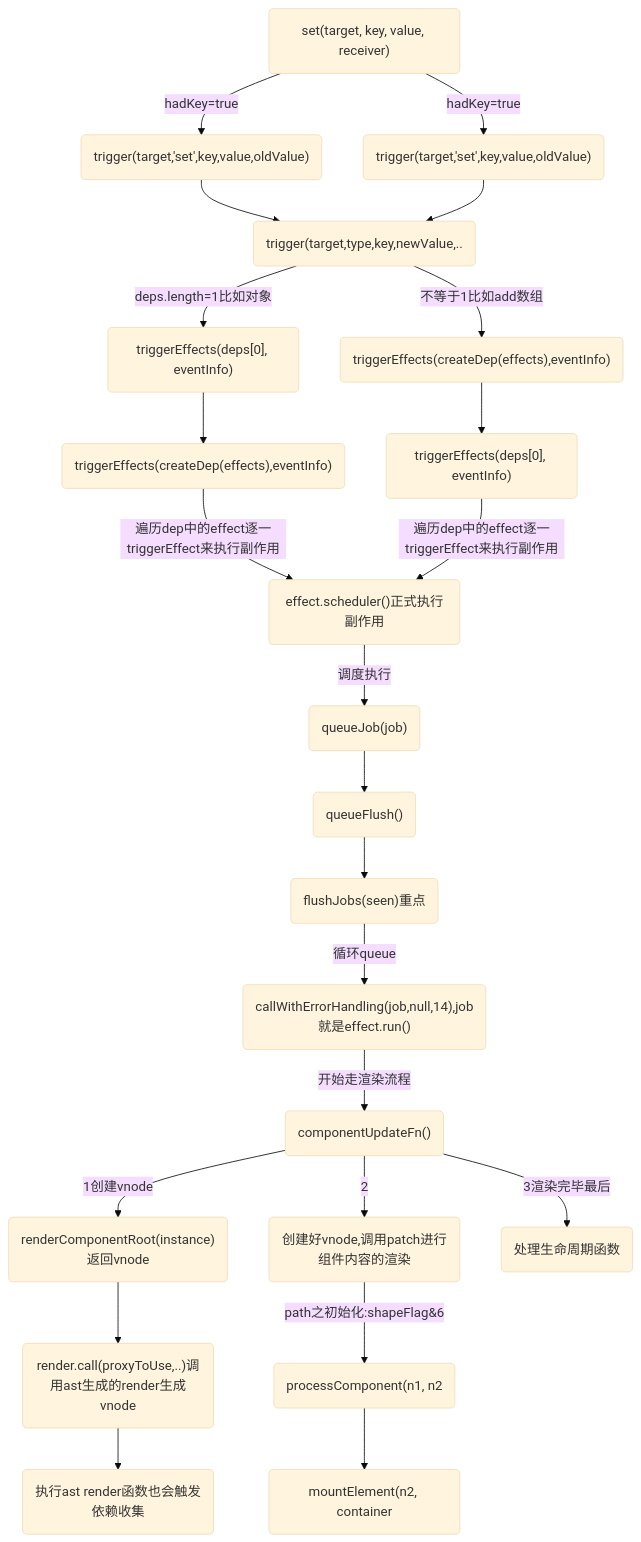
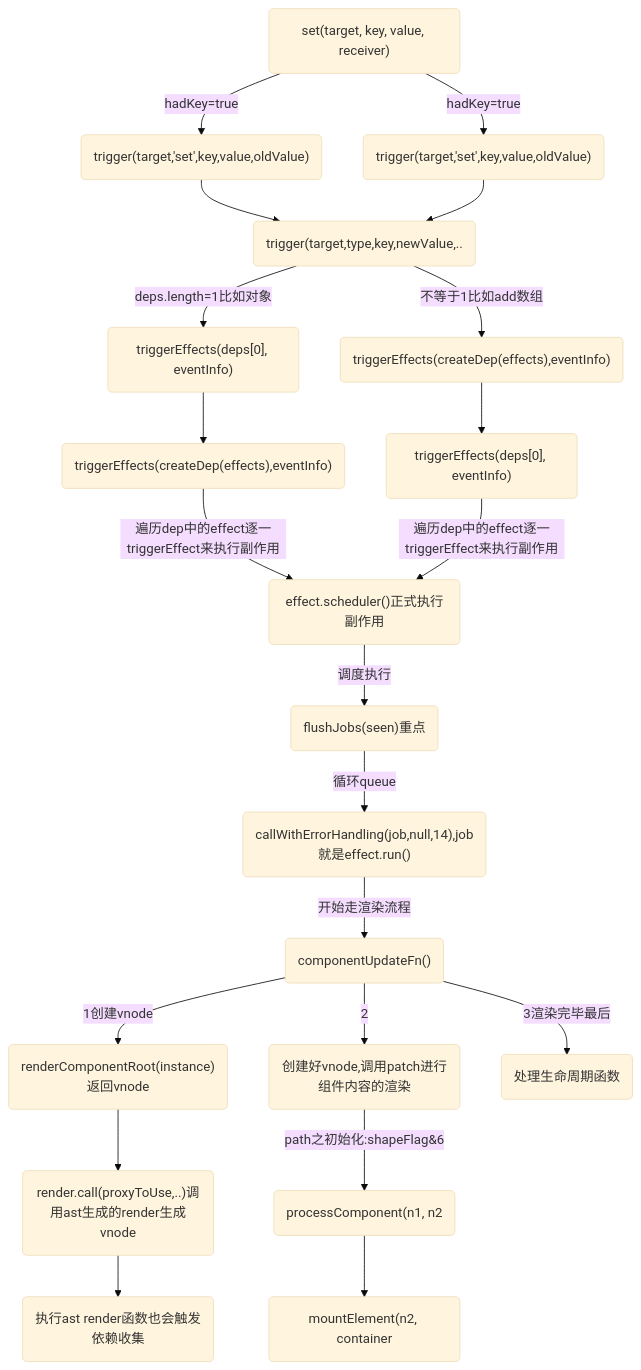
One commit to huiruo/programming-technology changed the third of 5 diagrams in 01-react-vue异同.md. Above: the diagram before and after it, drawn with Mermaid (base theme).

Commit message:
feat: vue update precess

````diff
--- a/01-react-vue异同.md
+++ b/01-react-vue异同.md
@@ -391,28 +391,31 @@
 ```mermaid
 flowchart TD
 A1("set(target, key, value, receiver)")--hadKey=true-->A2("trigger(target,'set',key,value,oldValue)")-->A4
 A1--hadKey=true-->A3("trigger(target,'set',key,value,oldValue)")-->A4
 
 A4("trigger(target,type,key,newValue,..")--deps.length=1比如对象-->B1("triggerEffects(deps[0], eventInfo)")
 
 A4--不等于1比如add数组-->B2("triggerEffects(createDep(effects),eventInfo)")
 
 B1-->B12("triggerEffects(createDep(effects),eventInfo)")
 B2-->B13("triggerEffects(deps[0], eventInfo)")
 
 B12--遍历dep中的effect逐一triggerEffect来执行副作用-->B3("triggerEffect(effect,debuggerEventExtraInfo)")
 B13--遍历dep中的effect逐一triggerEffect来执行副作用-->B3("triggerEffect(effect,debuggerEventExtraInfo)")
 
-B3("effect.scheduler()正式执行副作用")--调度执行-->C1
+%% B3("effect.scheduler()正式执行副作用")--调度执行-->C1
+B3("effect.scheduler()正式执行副作用")--调度执行-->C3
 
-C1("queueJob(job)")-->C2("queueFlush()")-->C3("flushJobs(seen)重点")--循环queue-->C4("callWithErrorHandling(job,null,14),job就是effect.run()")--开始走渲染流程-->Z1
+%% C1("queueJob(job)")-->C2("queueFlush()")-->C3("flushJobs(seen)重点")--循环queue-->C4("callWithErrorHandling(job,null,14),job就是effect.run()")--开始走渲染流程-->Z1
+
+C3("flushJobs(seen)重点")--循环queue-->C4("callWithErrorHandling(job,null,14),job就是effect.run()")--开始走渲染流程-->Z1
 
 %% 渲染流程
 Z1("componentUpdateFn()")--1创建vnode-->V3("renderComponentRoot(instance)返回vnode")-->V4
 
 V4("render.call(proxyToUse,..)调用ast生成的render生成vnode")-->C41("执行ast render函数也会触发依赖收集")
 
 Z1--2-->D1("创建好vnode,调用patch进行组件内容的渲染")--path之初始化:shapeFlag&6-->D12("processComponent(n1, n2")-->D2("mountElement(n2, container")
 
 Z1--3渲染完毕最后-->E1("处理生命周期函数")
 ```
````
